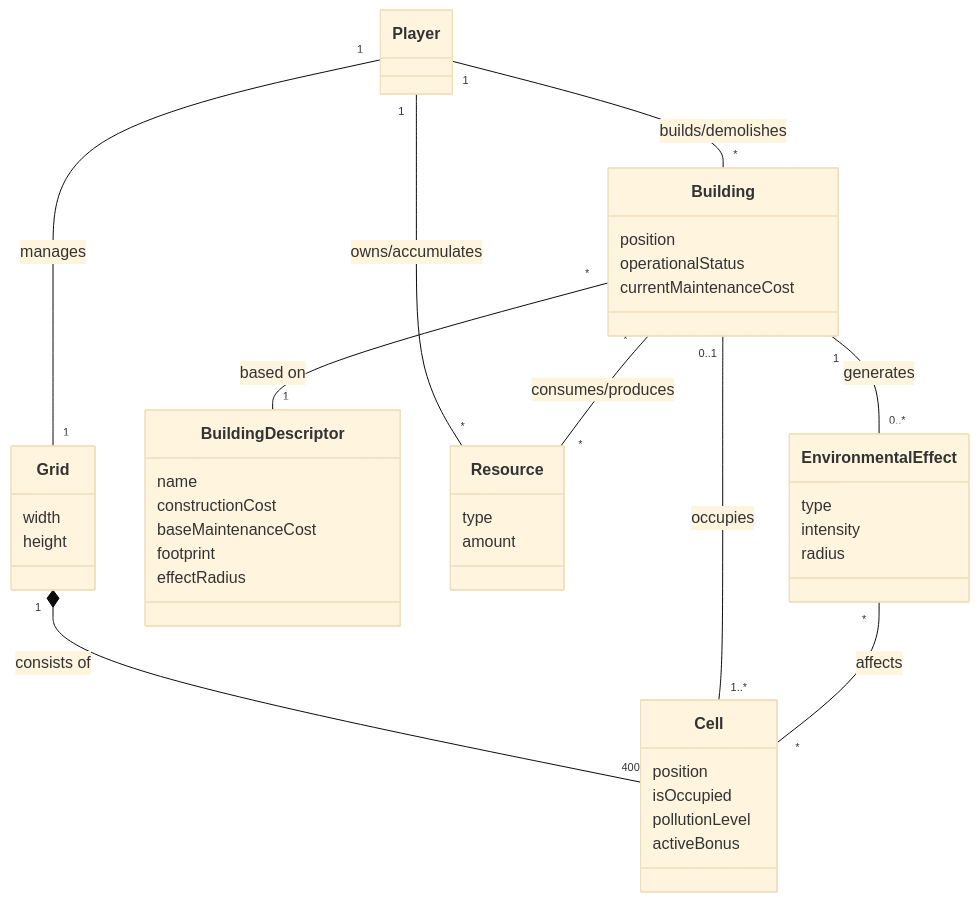
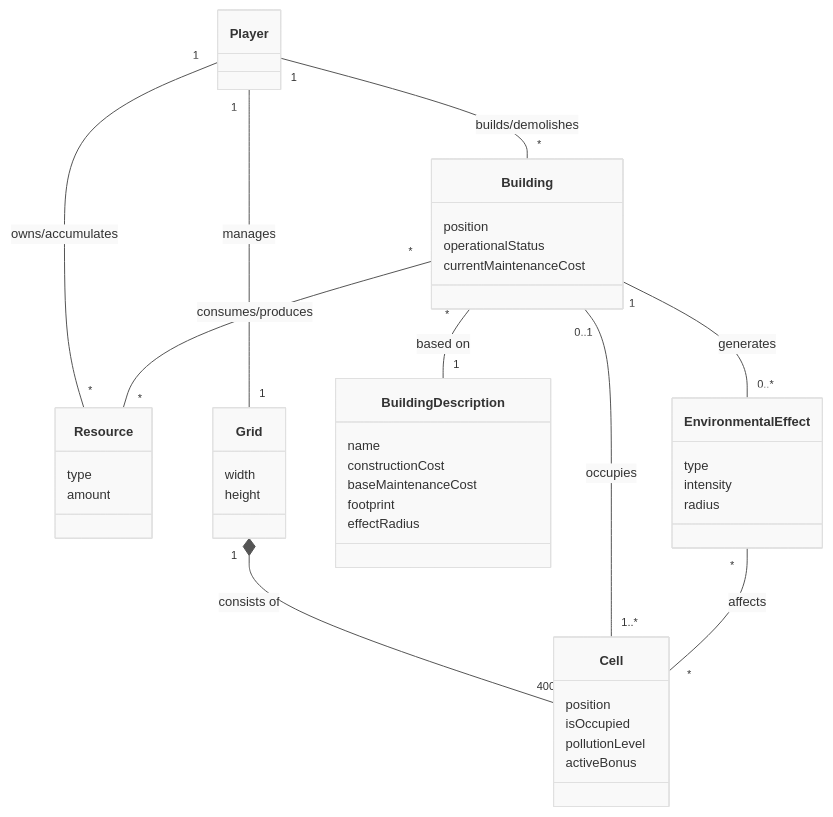
One commit to LeonardoBellan/CityLogic changed the first of 2 diagrams in docs/design-document.md. Above: the diagram before and after it, drawn with Mermaid. The commit also changed other lines of this file and 1 other file, not shown here.

Commit message:
grid system sequence diagram

````diff
--- a/docs/design-document.md
+++ b/docs/design-document.md
@@ -3,58 +3,71 @@
 ```mermaid
-%%{init: {'theme': 'base', 'config': {'layout': 'orthogonal'}}}%%
+%%{init: {
+  'theme': 'base',
+  'themeVariables': {
+    'primaryColor': '#f9f9f9',
+    'strokeColor': '#333333',
+    'lineColor': '#555555',
+    'fontSize': '13px',
+    'rx': 0, 'ry': 0
+  },
+  'config': { 'layout': 'orthogonal' }
+}}%%
 classDiagram
     direction TB
 
     class Player
 
+    class Resource {
+        type
+        amount
+    }
+
+    %% Map
     class Cell {
         position
         isOccupied
         pollutionLevel
         activeBonus
     }
 
     class Grid {
         width
         height
     }
 
+    %% Buildings
     class Building {
         position
         operationalStatus
         currentMaintenanceCost
     }
 
-    class BuildingDescriptor {
+    class BuildingDescription {
         name
         constructionCost
         baseMaintenanceCost
         footprint
         effectRadius
-    }
-
-    class Resource {
-        type
-        amount
     }
 
     class EnvironmentalEffect {
         type
         intensity
         radius
     }
 
-    %% Relazioni e Molteplicità
+
+
+
+    %% %%
     Player "1" -- "1" Grid : manages
     Player "1" -- "*" Resource : owns/accumulates
     Player "1" -- "*" Building : builds/demolishes
-
-    %% Composizione forte (il rombo è su Grid)
     Grid "1" *-- "400" Cell : consists of
 
     Building "0..1" -- "1..*" Cell : occupies
-    Building "*" -- "1" BuildingDescriptor : based on
+    Building "*" -- "1" BuildingDescription : based on
     Building "*" -- "*" Resource : consumes/produces
     Building "1" -- "0..*" EnvironmentalEffect : generates
     EnvironmentalEffect "*" -- "*" Cell : affects
 ```
````
